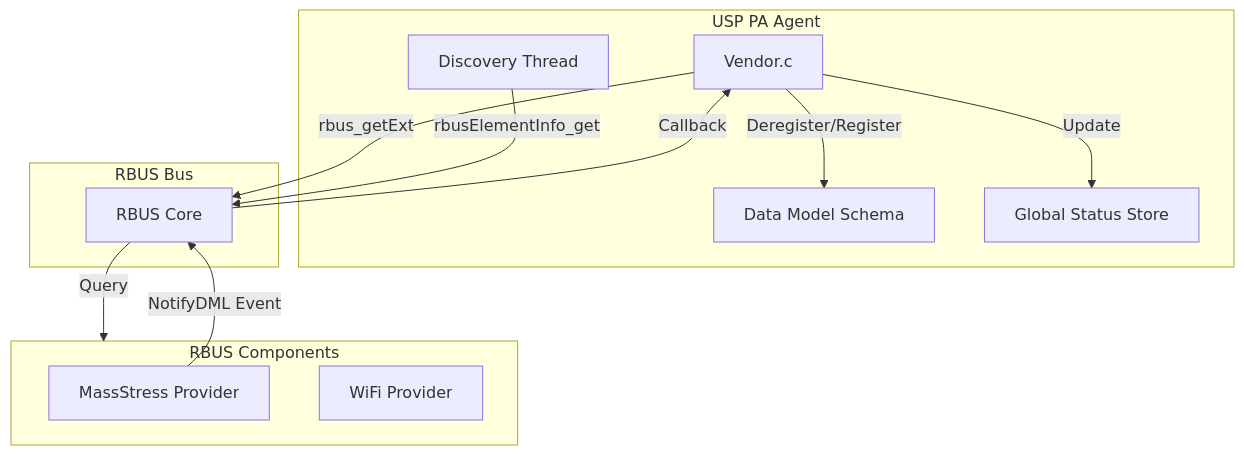
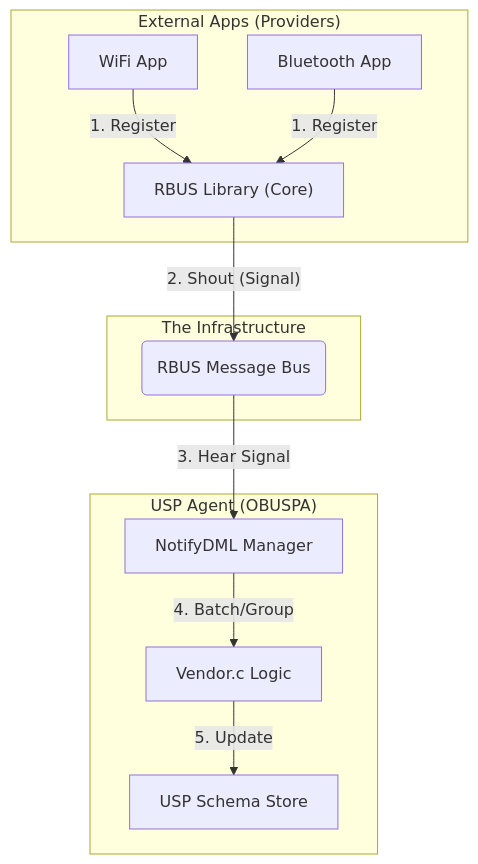
The diagram in de_dm_notify/RDK_DM_Discovery_Master_Guide.md (rdkcentral/usp-pa-vendor-rdk), drawn with Mermaid before and after one commit. The commit also changed other lines of this file, not shown here.

Commit message:
docs: Rewrite RDK DM Discovery guide to focus on core concepts and simplified architecture with analogies.

````diff
--- a/de_dm_notify/RDK_DM_Discovery_Master_Guide.md
+++ b/de_dm_notify/RDK_DM_Discovery_Master_Guide.md
@@ -20,26 +44,24 @@
 ```mermaid
 graph TD
-    subgraph USP_Agent [USP PA Agent]
-        V[Vendor.c]
-        S[Data Model Schema]
-        T[Discovery Thread]
-        M[Global Status Store]
+    subgraph "External Apps (Providers)"
+        P1["WiFi App"]
+        P2["Bluetooth App"]
+        L["RBUS Library (Core)"]
     end
 
-    subgraph RBUS [RBUS Bus]
-        B[RBUS Core]
+    subgraph "The Infrastructure"
+        B(RBUS Message Bus)
     end
 
-    subgraph Providers [RBUS Components]
-        P1[MassStress Provider]
-        P2[WiFi Provider]
+    subgraph "USP Agent (OBUSPA)"
+        N[NotifyDML Manager]
+        V[Vendor.c Logic]
+        S[USP Schema Store]
     end
 
-    V -- "rbus_getExt" --> B
-    B -- "Query" --> Providers
-    T -- "rbusElementInfo_get" --> B
-    P1 -- "NotifyDML Event" --> B
-    B -- "Callback" --> V
-    V -- "Deregister/Register" --> S
-    V -- "Update" --> M
+    P1 & P2 -- "1. Register" --> L
+    L -- "2. Shout (Signal)" --> B
+    B -- "3. Hear Signal" --> N
+    N -- "4. Batch/Group" --> V
+    V -- "5. Update" --> S
 ```
````
